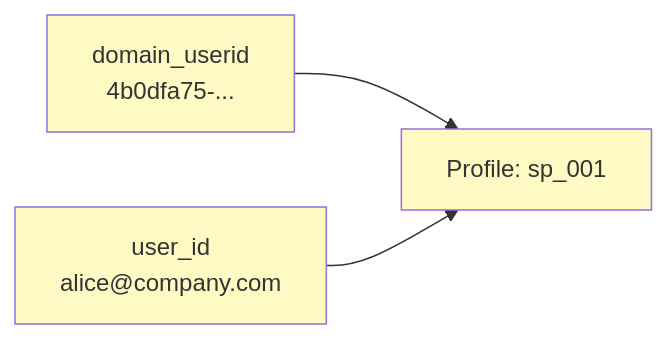
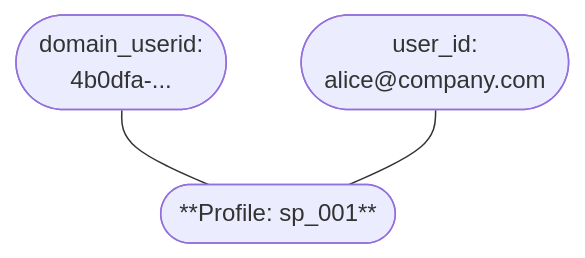
Before and after one commit to snowplow/documentation: the second of 9 diagrams in docs/identities/concepts/index.md, drawn with Mermaid. The commit also changed other lines of this file and 2 other files, not shown here.

````diff
--- a/docs/identities/concepts/index.md
+++ b/docs/identities/concepts/index.md
@@ -55,15 +48,9 @@
 ```mermaid
-graph LR
-    A["domain_userid
-    4b0dfa75-..."]
-    B["user_id
-    alice@company.com"]
-    C["Profile: sp_001"]
+graph TD
+    A(["domain_userid:<br/>4b0dfa-..."])
+    B(["user_id:<br/>alice@company.com"])
+    C(["**Profile: sp_001**"])
 
-    A --> C
-    B --> C
-
-    style A fill:#fff9c4
-    style B fill:#fff9c4
-    style C fill:#fff9c4
+    A --- C
+    B --- C
 ```
````
